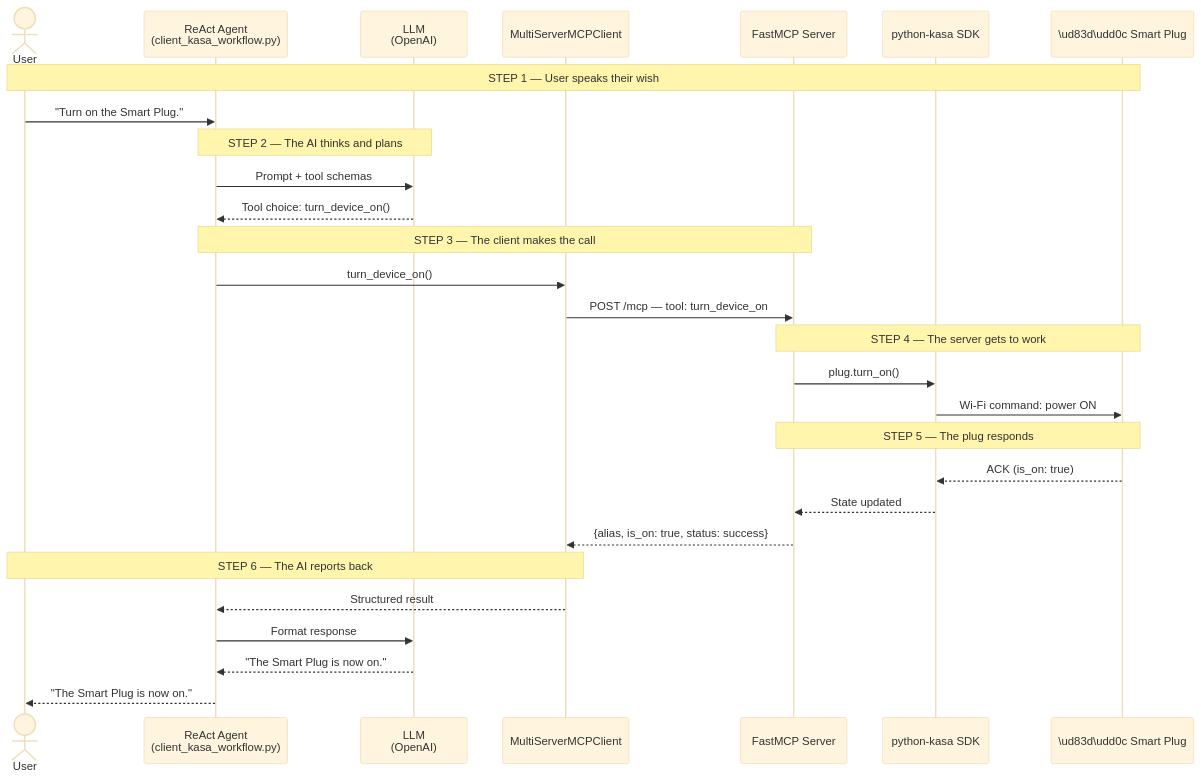
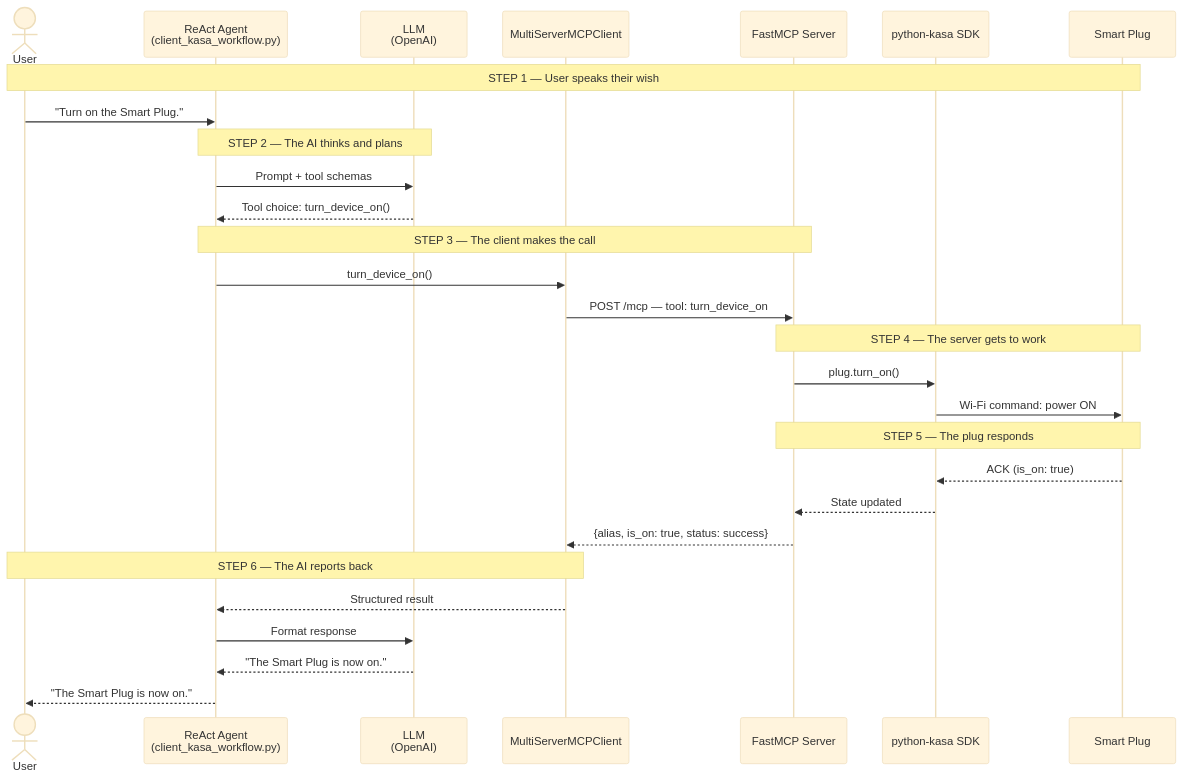
The seventh of 8 diagrams in workflow/workflow.md (mohitagr18/ch08-model-context-protocol), drawn with Mermaid (base theme) before and after one commit. The commit also changed other lines of this file, not shown here.

Commit message:
Fix formatting of Smart Plug labels in workflow.md

````diff
--- a/workflow/workflow.md
+++ b/workflow/workflow.md
@@ -253,36 +253,36 @@
 ```mermaid
 sequenceDiagram
     actor User
     participant Agent as ReAct Agent<br/>(client_kasa_workflow.py)
     participant LLM as LLM<br/>(OpenAI)
     participant MCPClient as MultiServerMCPClient
     participant MCPServer as FastMCP Server
     participant Kasa as python-kasa SDK
-    participant Plug as \ud83d\udd0c Smart Plug
+    participant Plug as Smart Plug
 
     Note over User,Plug: STEP 1 — User speaks their wish
     User->>Agent: "Turn on the Smart Plug."
 
     Note over Agent,LLM: STEP 2 — The AI thinks and plans
     Agent->>LLM: Prompt + tool schemas
     LLM-->>Agent: Tool choice: turn_device_on()
 
     Note over Agent,MCPServer: STEP 3 — The client makes the call
     Agent->>MCPClient: turn_device_on()
     MCPClient->>MCPServer: POST /mcp — tool: turn_device_on
 
     Note over MCPServer,Plug: STEP 4 — The server gets to work
     MCPServer->>Kasa: plug.turn_on()
     Kasa->>Plug: Wi-Fi command: power ON
 
     Note over Plug,MCPServer: STEP 5 — The plug responds
     Plug-->>Kasa: ACK (is_on: true)
     Kasa-->>MCPServer: State updated
     MCPServer-->>MCPClient: {alias, is_on: true, status: success}
 
     Note over MCPClient,User: STEP 6 — The AI reports back
     MCPClient-->>Agent: Structured result
     Agent->>LLM: Format response
     LLM-->>Agent: "The Smart Plug is now on."
     Agent-->>User: "The Smart Plug is now on."
 ```
````
